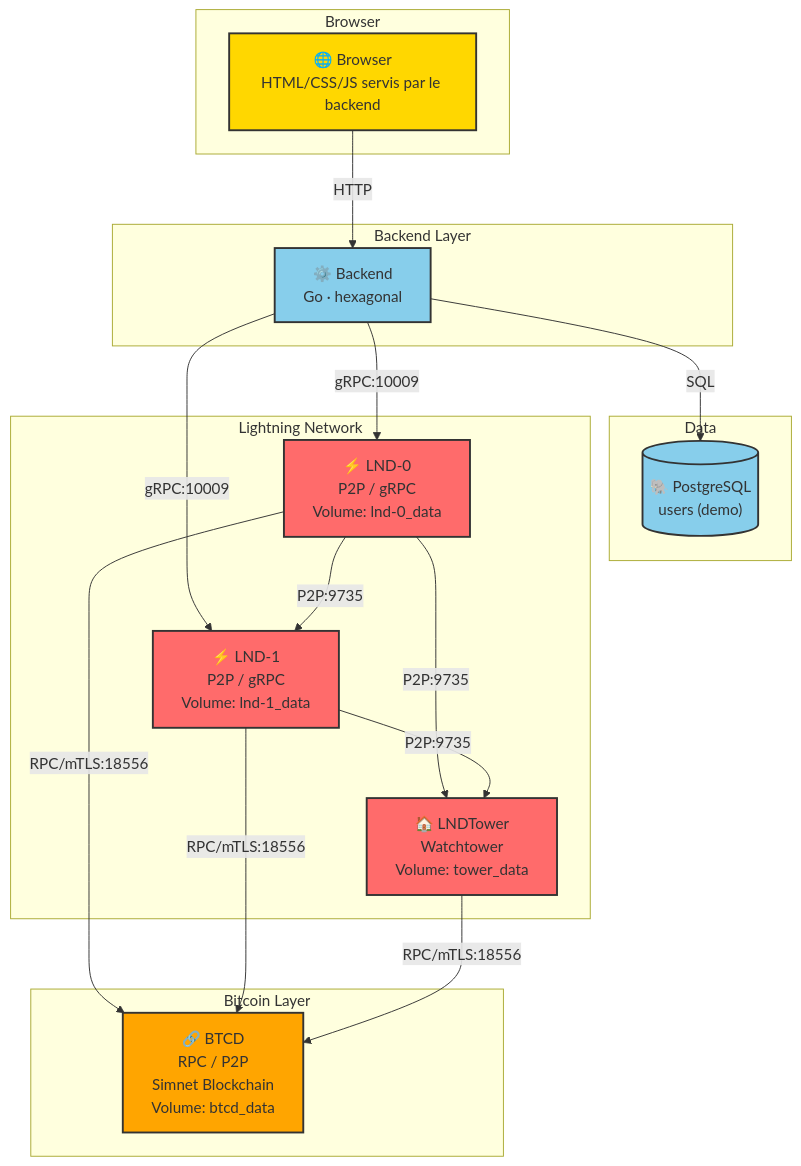
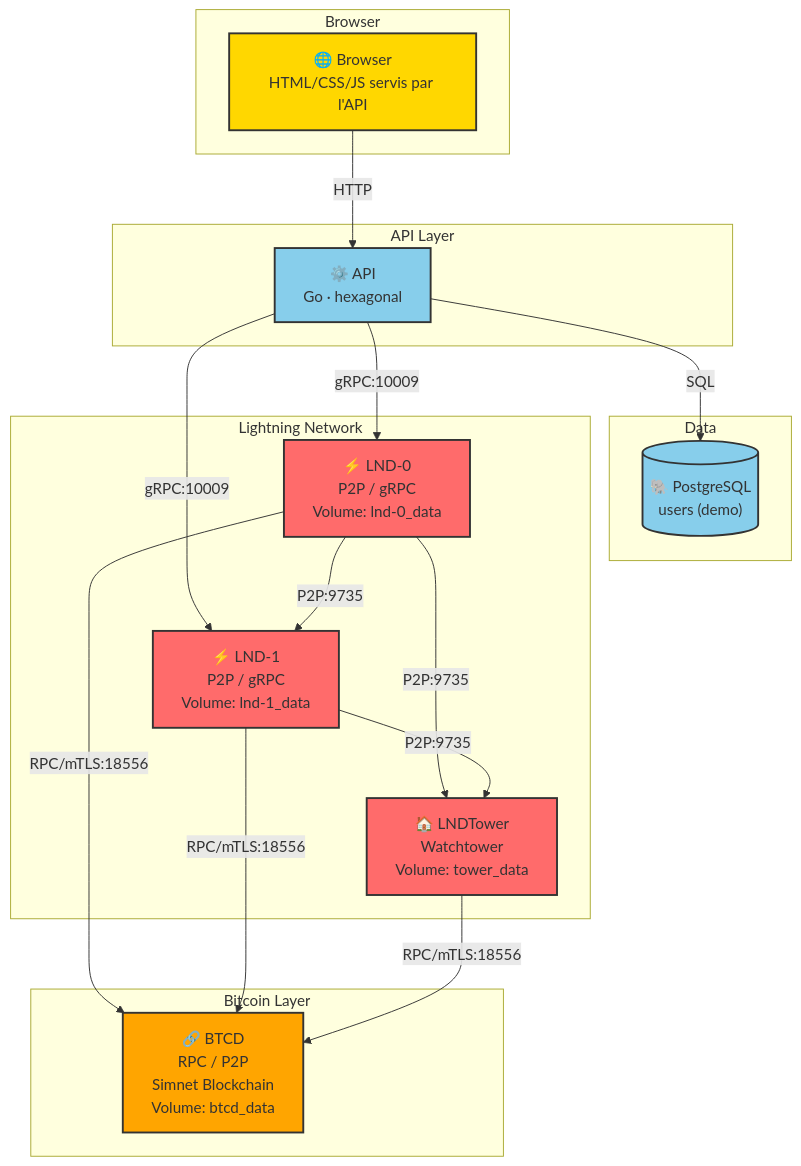
One commit to LMare/lightning-playground changed the diagram in docs-schema/architecture.mmd. Above: the diagram before and after it, drawn with Mermaid. The commit also changed 8 other files, not shown here.

Commit message:
docs(htmx-monolith): document the backend to api rename and the cluster migration note

```diff
--- a/docs-schema/architecture.mmd
+++ b/docs-schema/architecture.mmd
@@ -1,47 +1,47 @@
 graph TD
     subgraph "Browser"
-        FE["🌐 Browser<br/>HTML/CSS/JS servis par le backend"]
+        FE["🌐 Browser<br/>HTML/CSS/JS servis par l'API"]
     end
     
-    subgraph "Backend Layer"
-        BE["⚙️ Backend<br/>Go · hexagonal"]
+    subgraph "API Layer"
+        BE["⚙️ API<br/>Go · hexagonal"]
     end
     
     subgraph "Data"
         PG[("🐘 PostgreSQL<br/>users (demo)")]
     end
 
     subgraph "Lightning Network"
         LND0["⚡ LND-0<br/>P2P / gRPC<br/>Volume: lnd-0_data"]
         LND1["⚡ LND-1<br/>P2P / gRPC<br/>Volume: lnd-1_data"]
         TOWER["🏠 LNDTower<br/>Watchtower<br/>Volume: tower_data"]
     end
     
     subgraph "Bitcoin Layer"
         BTCD["🔗 BTCD<br/>RPC / P2P<br/>Simnet Blockchain<br/>Volume: btcd_data"]
     end
     
     FE -->|HTTP| BE
     BE -->|SQL| PG
     
     BE -->|gRPC:10009| LND0
     BE -->|gRPC:10009| LND1
     
     LND0 -->|P2P:9735| LND1
     LND0 -->|P2P:9735| TOWER
     LND1 -->|P2P:9735| TOWER
     
     LND0 -->|RPC/mTLS:18556| BTCD
     LND1 -->|RPC/mTLS:18556| BTCD
     TOWER -->|RPC/mTLS:18556| BTCD
     
     classDef frontend fill:#FFD700,stroke:#333,stroke-width:2px
-    classDef backend fill:#87CEEB,stroke:#333,stroke-width:2px
+    classDef api fill:#87CEEB,stroke:#333,stroke-width:2px
     classDef lightning fill:#FF6B6B,stroke:#333,stroke-width:2px
     classDef bitcoin fill:#FFA500,stroke:#333,stroke-width:2px
     
     class FE frontend
-    class BE backend
+    class BE api
     class LND0,LND1,TOWER lightning
     class BTCD bitcoin
-    class PG backend
+    class PG api
```
